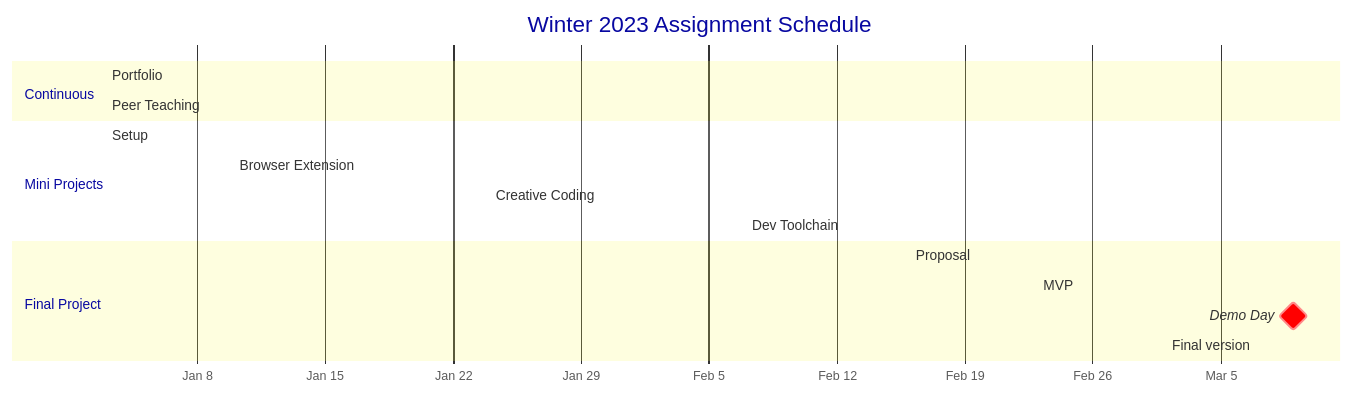
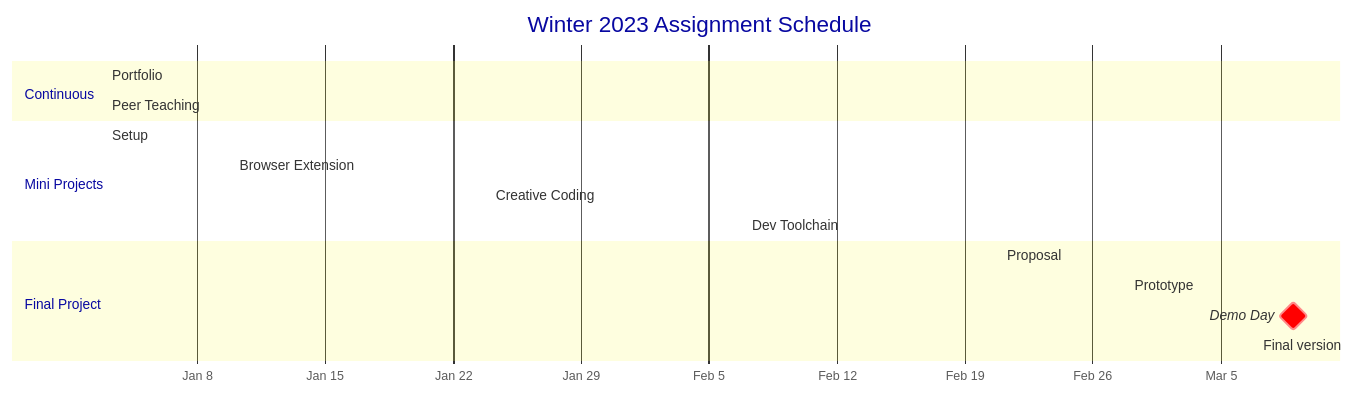
The diagram in README.md (branchwelder/web-technologies), drawn with Mermaid before and after one commit. The commit also changed other lines of this file and 2 other files, not shown here.

Commit message:
Add class materials

````diff
--- a/README.md
+++ b/README.md
@@ -25,36 +25,36 @@
 ```mermaid
 %%{
   init: {
     'theme': 'base',
     'gantt': {
         'numberSectionStyles': '2'
     },
     'themeVariables': {
       'fontFamily': 'monospace',
       'primaryColor': '#8c9aee',
       'primaryBorderColor': '#3C56E2',
       'tertiaryColor': '#f7f75e'
     }
   }
 }%%
 
 gantt
 title Winter 2023 Assignment Schedule
 axisFormat  %b %e
 
 section Continuous
 Portfolio             :active,          prf, 2023-01-03, 2023-03-17
 Peer Teaching         :active,          pte, 2023-01-03, 2023-03-17
 
 section Mini Projects
-Setup                 :active,          mp0, 2023-01-03, 2023-01-10
+Setup                 :                 mp0, 2023-01-03, 2023-01-10
 Browser Extension     :                 mp1, 2023-01-10, 2023-01-24
-Creative Coding     :                 mp2, 2023-01-24, 2023-02-07
-Dev Toolchain                  :                 mp3, 2023-02-07, 2023-02-21
+Creative Coding       :                 mp2, 2023-01-24, 2023-02-07
+Dev Toolchain         :                 mp3, 2023-02-07, 2023-02-21
 
 section Final Project
-Proposal              :                 fp0, 2023-02-16, 2023-02-23
-MVP                   :                 fp1, 2023-02-23, 2023-03-02
+Proposal              :active,          fp0, 2023-02-21, 2023-02-28
+Prototype             :                 fp1, 2023-02-28, 2023-03-07
 Demo Day              :milestone, crit, dem, 2023-03-09, 0d
-Final version         :                 fp2, 2023-03-02, 2023-03-17
+Final version         :                 fp2, 2023-03-07, 2023-03-17
 ```
````
